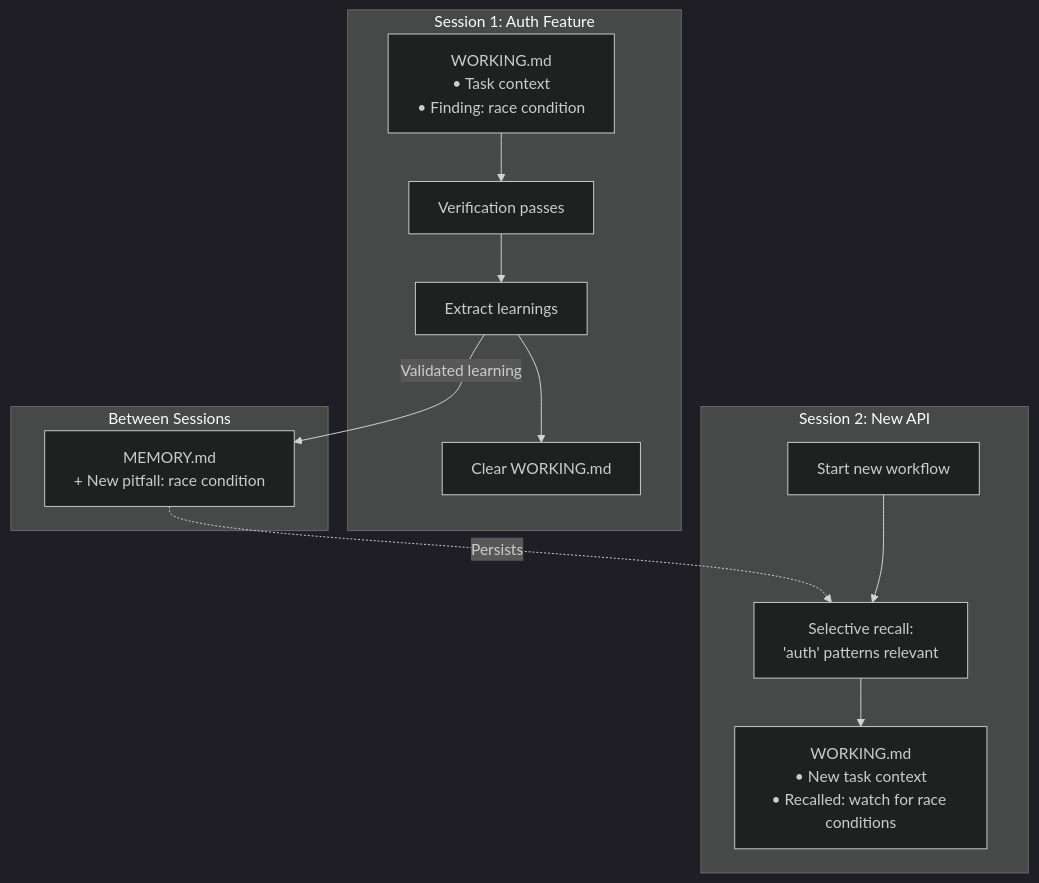
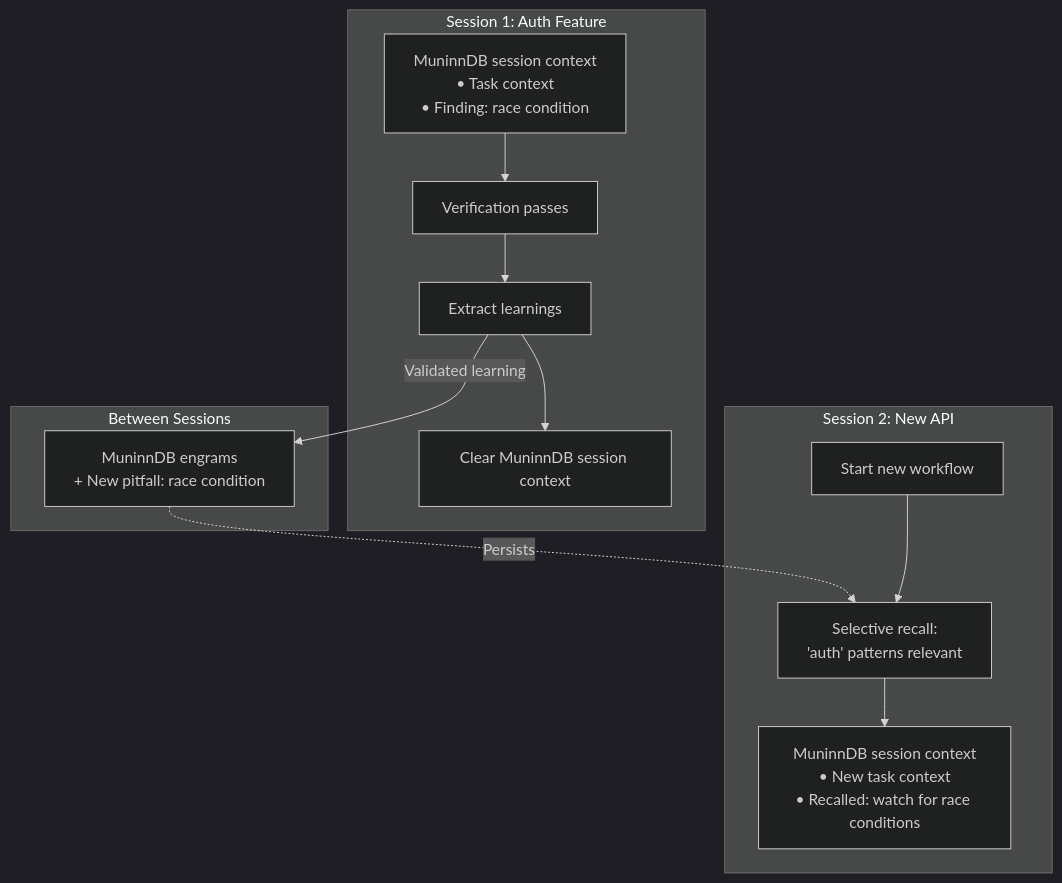
Diagram 12 of 12 in docs/agent-framework/luca/end-to-end-workflow.md (asibilia/luca-framework), drawn with Mermaid (dark theme) before and after one commit. The commit also changed other lines of this file and 820 other files, not shown here.

````diff
--- a/docs/agent-framework/luca/end-to-end-workflow.md
+++ b/docs/agent-framework/luca/end-to-end-workflow.md
@@ -683,26 +683,26 @@
 ```mermaid
 flowchart TB
     subgraph Session1["Session 1: Auth Feature"]
-        S1_WORKING["WORKING.md<br/>• Task context<br/>• Finding: race condition"]
+        S1_WORKING["MuninnDB session context<br/>• Task context<br/>• Finding: race condition"]
         S1_VERIFY["Verification passes"]
         S1_EXTRACT["Extract learnings"]
-        S1_CLEAR["Clear WORKING.md"]
+        S1_CLEAR["Clear MuninnDB session context"]
     end
 
     subgraph Between["Between Sessions"]
-        MEMORY["MEMORY.md<br/>+ New pitfall: race condition"]
+        MEMORY["MuninnDB engrams<br/>+ New pitfall: race condition"]
     end
 
     subgraph Session2["Session 2: New API"]
         S2_START["Start new workflow"]
         S2_RECALL["Selective recall:<br/>'auth' patterns relevant"]
-        S2_WORKING["WORKING.md<br/>• New task context<br/>• Recalled: watch for race conditions"]
+        S2_WORKING["MuninnDB session context<br/>• New task context<br/>• Recalled: watch for race conditions"]
     end
 
     S1_WORKING --> S1_VERIFY --> S1_EXTRACT
     S1_EXTRACT -->|"Validated learning"| MEMORY
     S1_EXTRACT --> S1_CLEAR
 
     MEMORY -.->|"Persists"| S2_RECALL
     S2_START --> S2_RECALL --> S2_WORKING
 ```
````
